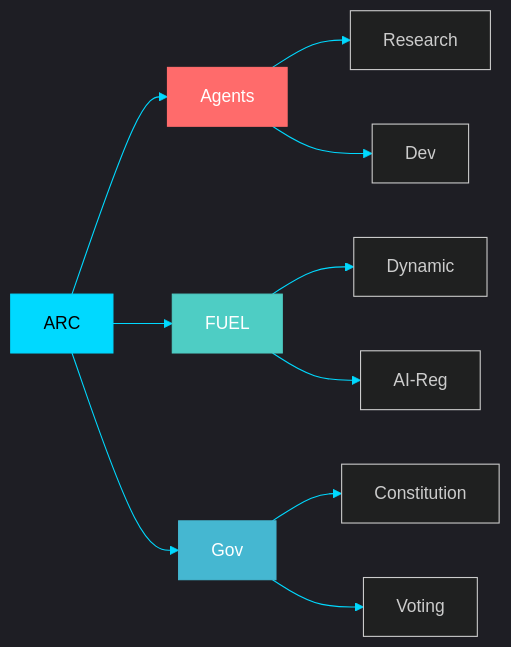
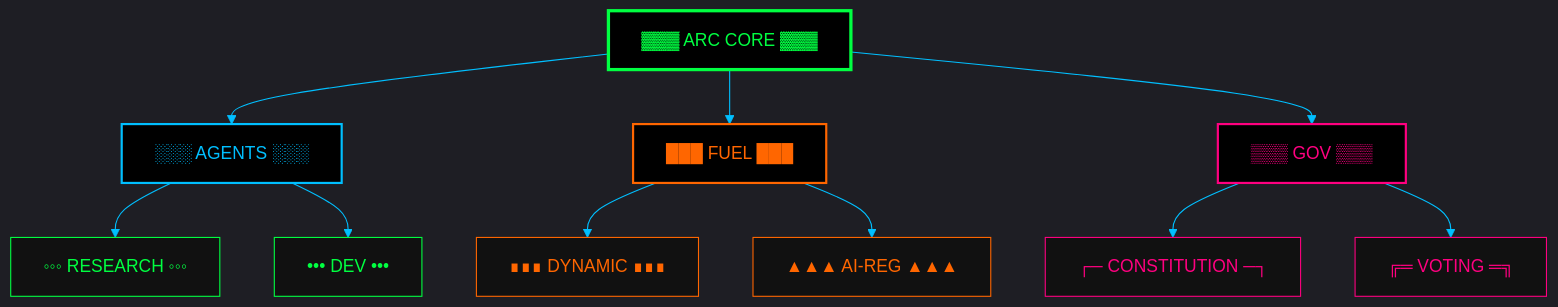
Before and after one commit to Artifact-Virtual/.github: the diagram in profile/README.md, drawn with Mermaid. The commit also changed other lines of this file, not shown here.

````diff
--- a/profile/README.md
+++ b/profile/README.md
@@ -23,18 +38,24 @@
 ```mermaid
-%%{init: {'theme':'dark', 'themeVariables': { 'primaryColor': '#00D9FF', 'primaryTextColor': '#FFFFFF', 'primaryBorderColor': '#00D9FF', 'lineColor': '#00D9FF', 'secondaryColor': '#1a1a1a', 'tertiaryColor': '#2a2a2a'}}}%%
-graph LR
-    A[ARC] --> B[Agents]
-    A --> C[FUEL]
-    A --> D[Gov]
-    B --> E[Research]
-    B --> F[Dev]
-    C --> G[Dynamic]
-    C --> H[AI-Reg]
-    D --> I[Constitution]
-    D --> J[Voting]
+%%{init: {'theme':'dark', 'themeVariables': { 'primaryColor': '#00FF41', 'primaryTextColor': '#00FF41', 'primaryBorderColor': '#00FF41', 'lineColor': '#00BFFF', 'secondaryColor': '#000000', 'tertiaryColor': '#111111', 'background': '#000000', 'mainBkg': '#000000'}}}%%
+graph TB
+    A["▓▓▓ ARC CORE ▓▓▓"] --> B["░░░ AGENTS ░░░"]
+    A --> C["███ FUEL ███"]
+    A --> D["▒▒▒ GOV ▒▒▒"]
+    B --> E["◦◦◦ RESEARCH ◦◦◦"]
+    B --> F["••• DEV •••"]
+    C --> G["∎∎∎ DYNAMIC ∎∎∎"]
+    C --> H["▲▲▲ AI-REG ▲▲▲"]
+    D --> I["┌─ CONSTITUTION ─┐"]
+    D --> J["╔═ VOTING ═╗"]
     
-    style A fill:#00D9FF,stroke:#00D9FF,color:#000
-    style B fill:#FF6B6B,stroke:#FF6B6B,color:#fff
-    style C fill:#4ECDC4,stroke:#4ECDC4,color:#fff
-    style D fill:#45B7D1,stroke:#45B7D1,color:#fff
+    style A fill:#000000,stroke:#00FF41,color:#00FF41,stroke-width:3px
+    style B fill:#000000,stroke:#00BFFF,color:#00BFFF,stroke-width:2px
+    style C fill:#000000,stroke:#FF6600,color:#FF6600,stroke-width:2px
+    style D fill:#000000,stroke:#FF0080,color:#FF0080,stroke-width:2px
+    style E fill:#111111,stroke:#00FF41,color:#00FF41
+    style F fill:#111111,stroke:#00FF41,color:#00FF41
+    style G fill:#111111,stroke:#FF6600,color:#FF6600
+    style H fill:#111111,stroke:#FF6600,color:#FF6600
+    style I fill:#111111,stroke:#FF0080,color:#FF0080
+    style J fill:#111111,stroke:#FF0080,color:#FF0080
 ```
````
